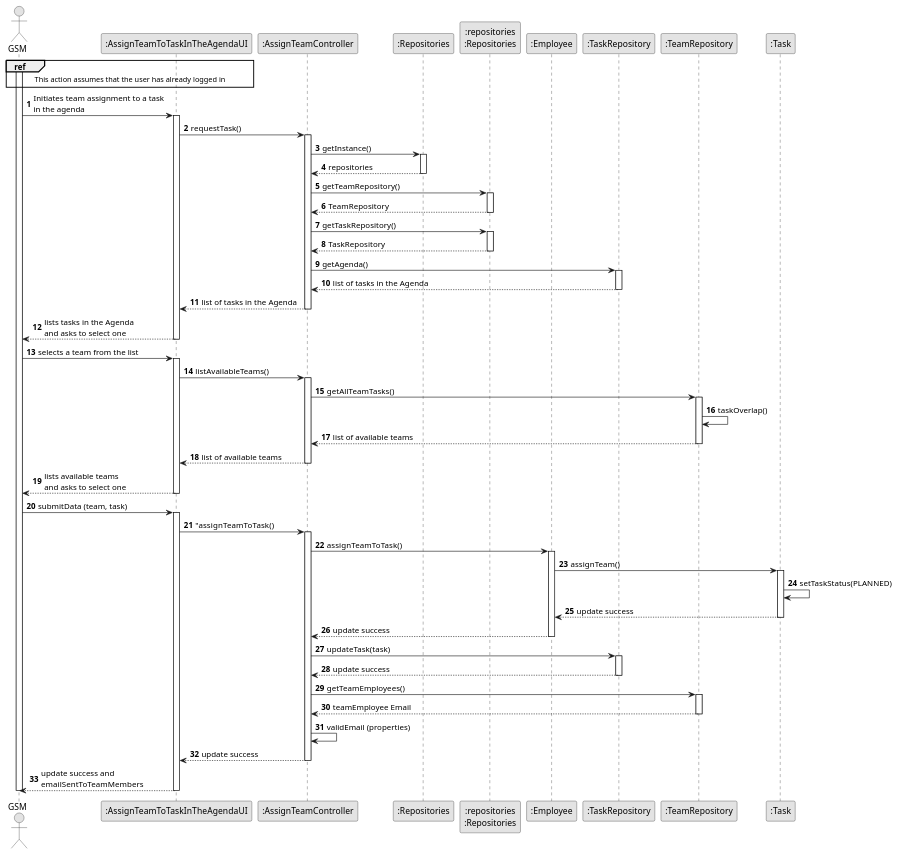
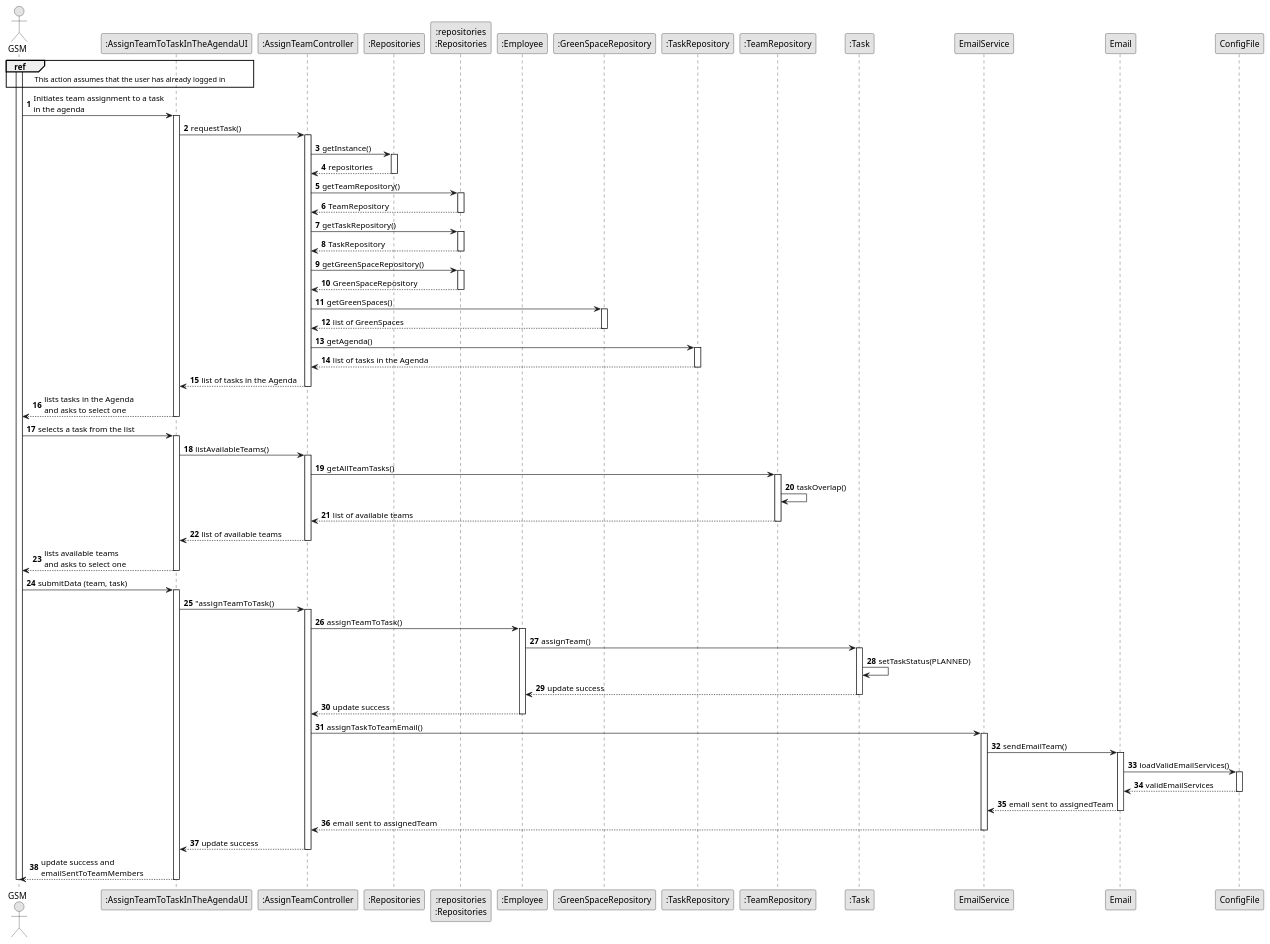
The diagram in docs/sprintC/US023/03.design/puml/us023-sequence-diagram-full.puml (LopemigueISEP/lei-24-s2-1nb-g312), drawn with PlantUML before and after one commit. The commit also changed 5 other files, not shown here.

Commit message:
#14 Added UI of us23 and 24 to GSM user. Added showVehicleList to VFM user. Added email sending system (Interface + Email + ConfigFile) to sd and class diagram of us23.

```diff
--- a/docs/sprintC/US023/03.design/puml/us023-sequence-diagram-full.puml
+++ b/docs/sprintC/US023/03.design/puml/us023-sequence-diagram-full.puml
@@ -1,96 +1,111 @@
 @startuml
 skinparam monochrome true
 skinparam packageStyle rectangle
 skinparam shadowing false
 
 autonumber
 
 'hide footbox
 actor "GSM"
 participant ":AssignTeamToTaskInTheAgendaUI" as UI
 participant ":AssignTeamController" as Controller
 participant ":Repositories" as Repositories
 participant ":repositories\n:Repositories"
 participant ":Employee" as Employee
+participant ":GreenSpaceRepository" as GreenSpaceRepository
 participant ":TaskRepository" as TaskRepository
 participant ":TeamRepository" as TeamRepository
+
 participant ":Task" as Task
 
 
 activate GSM
 ref over GSM, UI : This action assumes that the user has already logged in
 
 GSM -> UI : Initiates team assignment to a task \nin the agenda
     activate UI
 
            UI -> "Controller" : requestTask()
                 activate "Controller"
                 "Controller" -> "Repositories": getInstance()
                         activate "Repositories"
                         "Repositories" --> "Controller": repositories
                         deactivate "Repositories"
                 "Controller" -> ":repositories\n:Repositories" : getTeamRepository()
                         activate ":repositories\n:Repositories"
                         ":repositories\n:Repositories" --> "Controller" : TeamRepository
                         deactivate ":repositories\n:Repositories"
                 "Controller" -> ":repositories\n:Repositories" : getTaskRepository()
                         activate ":repositories\n:Repositories"
                         ":repositories\n:Repositories" --> "Controller" : TaskRepository
                         deactivate ":repositories\n:Repositories"
+                "Controller" -> ":repositories\n:Repositories" : getGreenSpaceRepository()
+                        activate ":repositories\n:Repositories"
+                        ":repositories\n:Repositories" --> "Controller" : GreenSpaceRepository
+                        deactivate ":repositories\n:Repositories"
+                "Controller" -> "GreenSpaceRepository" : getGreenSpaces()
+                        activate "GreenSpaceRepository"
+                        "GreenSpaceRepository" --> "Controller" : list of GreenSpaces
+                        deactivate "GreenSpaceRepository"
+
                 "Controller" -> "TaskRepository" : getAgenda()
                         activate "TaskRepository"
                         "TaskRepository" --> "Controller" :list of tasks in the Agenda
                         deactivate "TaskRepository"
                 "Controller" --> UI : list of tasks in the Agenda
                 deactivate "Controller"
            UI --> "GSM" : lists tasks in the Agenda \nand asks to select one
            deactivate UI
-GSM -> UI : selects a team from the list
+GSM -> UI : selects a task from the list
            activate UI
            UI -> "Controller" : listAvailableTeams()
                 activate "Controller"
                 "Controller" -> "TeamRepository" : getAllTeamTasks()
                         activate "TeamRepository"
                         "TeamRepository" -> "TeamRepository" : taskOverlap()
                         "TeamRepository" --> "Controller" :list of available teams
                         deactivate "TeamRepository"
                 "Controller" --> UI : list of available teams
                 deactivate "Controller"
            UI --> GSM : lists available teams \nand asks to select one
            deactivate UI
 GSM -> UI: submitData (team, task)
            activate UI
            UI -> "Controller": "assignTeamToTask()
                 activate "Controller"
                 "Controller" -> "Employee": assignTeamToTask()
                         activate "Employee"
                         "Employee" -> "Task": assignTeam()
                                 activate "Task"
                                 "Task" -> "Task" : setTaskStatus(PLANNED)
                                 "Task" --> "Employee" : update success
                                 deactivate "Task"
                         "Employee" --> "Controller": update success
                         deactivate "Employee"
-                "Controller" -> "TaskRepository": updateTask(task)
-                        activate "TaskRepository"
-                        "TaskRepository" --> "Controller": update success
-                        deactivate "TaskRepository"
-                "Controller" -> "TeamRepository" : getTeamEmployees()
-                        activate "TeamRepository"
-                        "TeamRepository" --> "Controller" : teamEmployee Email
+                "Controller" -> "EmailService" : assignTaskToTeamEmail()
+                        activate "EmailService"
+                            "EmailService" -> "Email" : sendEmailTeam()
+                                activate "Email"
+                                    "Email" -> "ConfigFile" : loadValidEmailServices()
+                                        activate "ConfigFile"
+                                        "ConfigFile" --> "Email" : validEmailServices
+                                        deactivate "ConfigFile"
+                                    "Email" --> "EmailService" : email sent to assignedTeam
+                                deactivate "Email"
+                            "EmailService" --> "Controller" : email sent to assignedTeam
+                        deactivate "EmailService"
                         deactivate "TeamRepository"
-                "Controller" -> "Controller": validEmail (properties)
                 "Controller" --> UI : update success
                 deactivate "Controller"
            UI --> GSM : update success and \nemailSentToTeamMembers
            deactivate UI
 
 
 
 
 
 
 
     deactivate GSM
 
 @enduml
```
